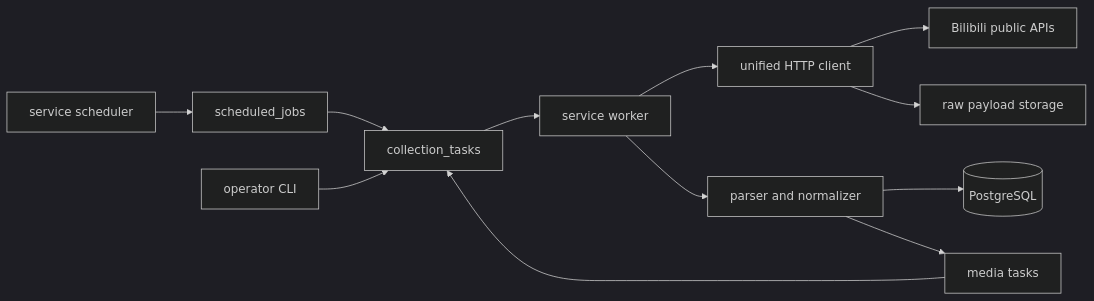
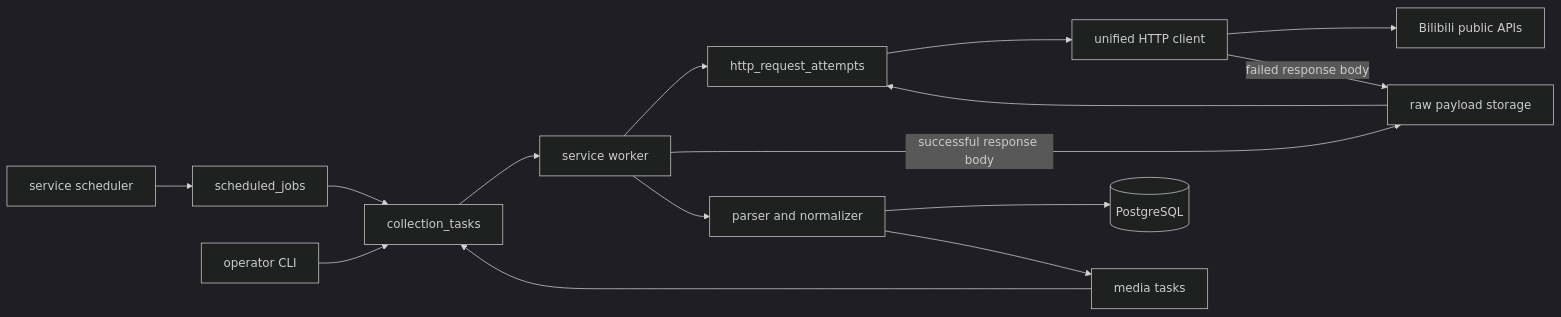
The first of 2 diagrams in docs/COLLECTION.md (modenicheng/books-of-time), drawn with Mermaid (dark theme) before and after one commit. The commit also changed other lines of this file and 4 other files, not shown here.

````diff
--- a/docs/COLLECTION.md
+++ b/docs/COLLECTION.md
@@ -9,14 +9,17 @@
 ```mermaid
 flowchart LR
     S["service scheduler"] --> J["scheduled_jobs"]
     J --> T["collection_tasks"]
     C["operator CLI"] --> T
     T --> W["service worker"]
-    W --> H["unified HTTP client"]
+    W --> A["http_request_attempts"]
+    A --> H["unified HTTP client"]
     H --> B["Bilibili public APIs"]
-    H --> R["raw payload storage"]
+    H -->|"failed response body"| R["raw payload storage"]
+    W -->|"successful response body"| R
+    R --> A
     W --> P["parser and normalizer"]
     P --> D[(PostgreSQL)]
     P --> MT["media tasks"]
     MT --> T
 ```
````
